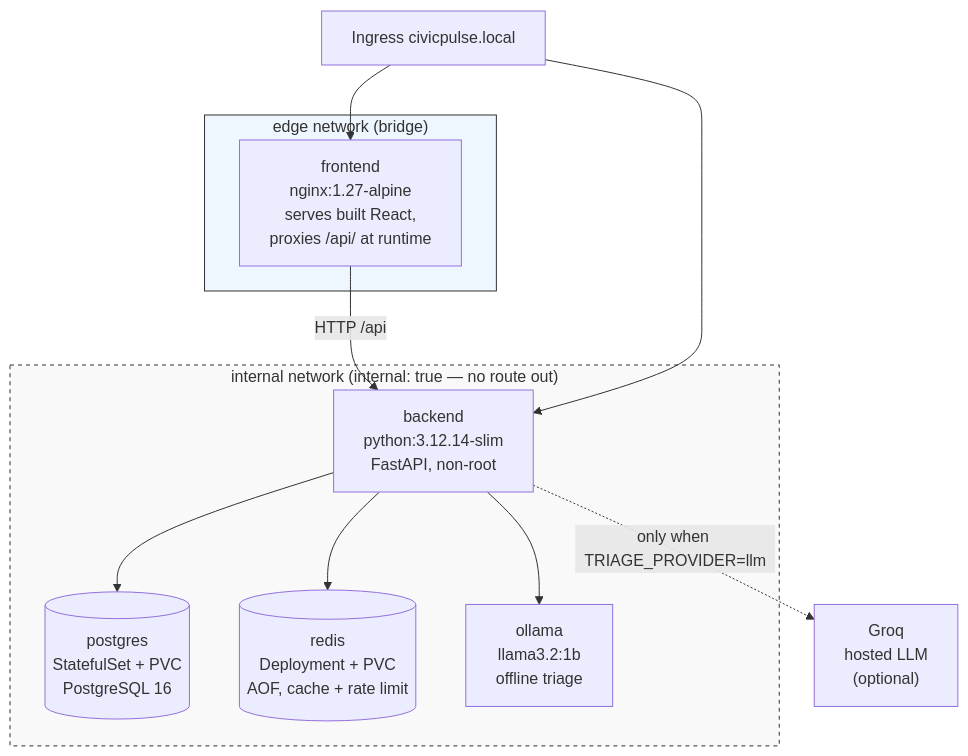
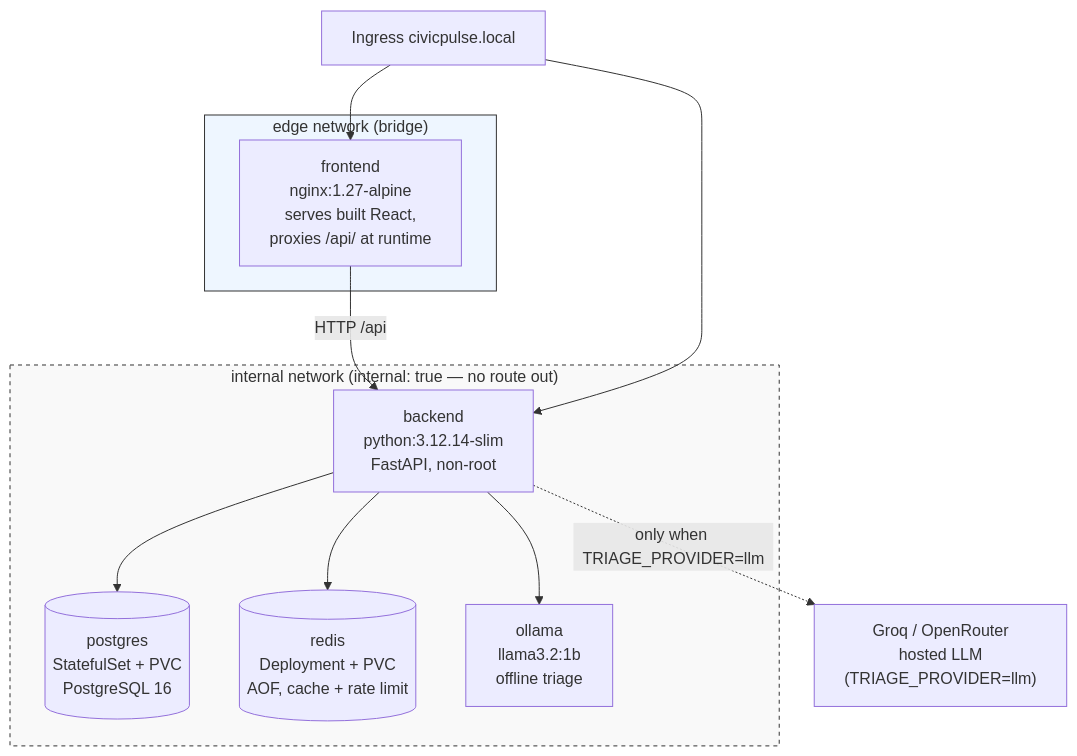
The diagram in README.md (khaliqtaimoor6-codes/CivicPulse), drawn with Mermaid before and after one commit. The commit also changed other lines of this file and 8 other files, not shown here.

First line of the commit message:
docs: align docs with the host-agnostic LLM provider

````diff
--- a/README.md
+++ b/README.md
@@ -50,27 +56,27 @@
 ```mermaid
 graph TB
     subgraph edge_net["edge network (bridge)"]
         FE["frontend<br/>nginx:1.27-alpine<br/>serves built React,<br/>proxies /api/ at runtime"]
     end
 
     subgraph internal_net["internal network (internal: true — no route out)"]
         BE["backend<br/>python:3.12.14-slim<br/>FastAPI, non-root"]
         PG[("postgres<br/>StatefulSet + PVC<br/>PostgreSQL 16")]
         RD[("redis<br/>Deployment + PVC<br/>AOF, cache + rate limit")]
         OL["ollama<br/>llama3.2:1b<br/>offline triage"]
     end
 
-    LLM["Groq<br/>hosted LLM<br/>(optional)"]
+    LLM["Groq / OpenRouter<br/>hosted LLM<br/>(TRIAGE_PROVIDER=llm)"]
 
     FE -->|"HTTP /api"| BE
     BE --> PG
     BE --> RD
     BE --> OL
     BE -.->|"only when TRIAGE_PROVIDER=llm"| LLM
 
     ING["Ingress civicpulse.local"] --> FE
     ING --> BE
 
     style internal_net fill:#f9f9f9,stroke:#333,stroke-dasharray: 4 4
     style edge_net fill:#eef6ff,stroke:#333
 ```
````
